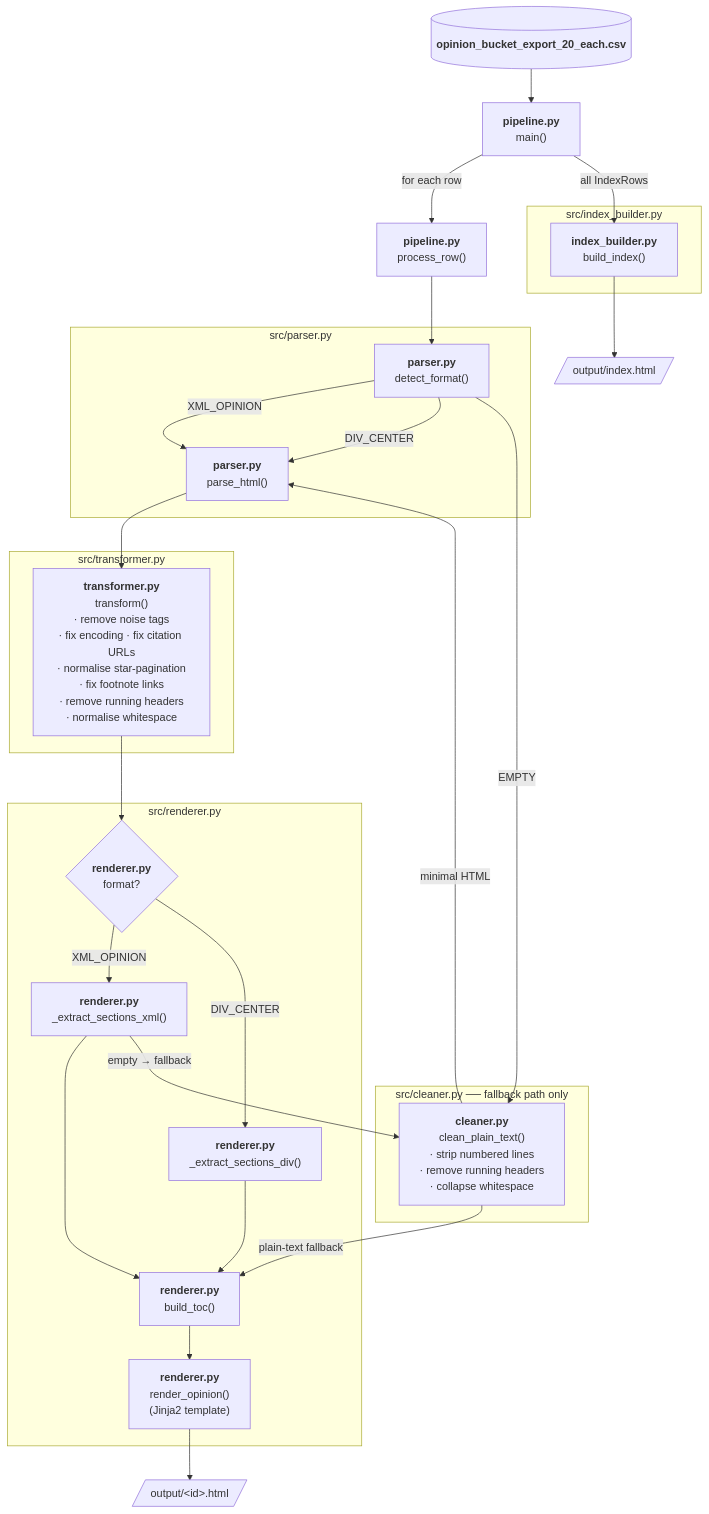
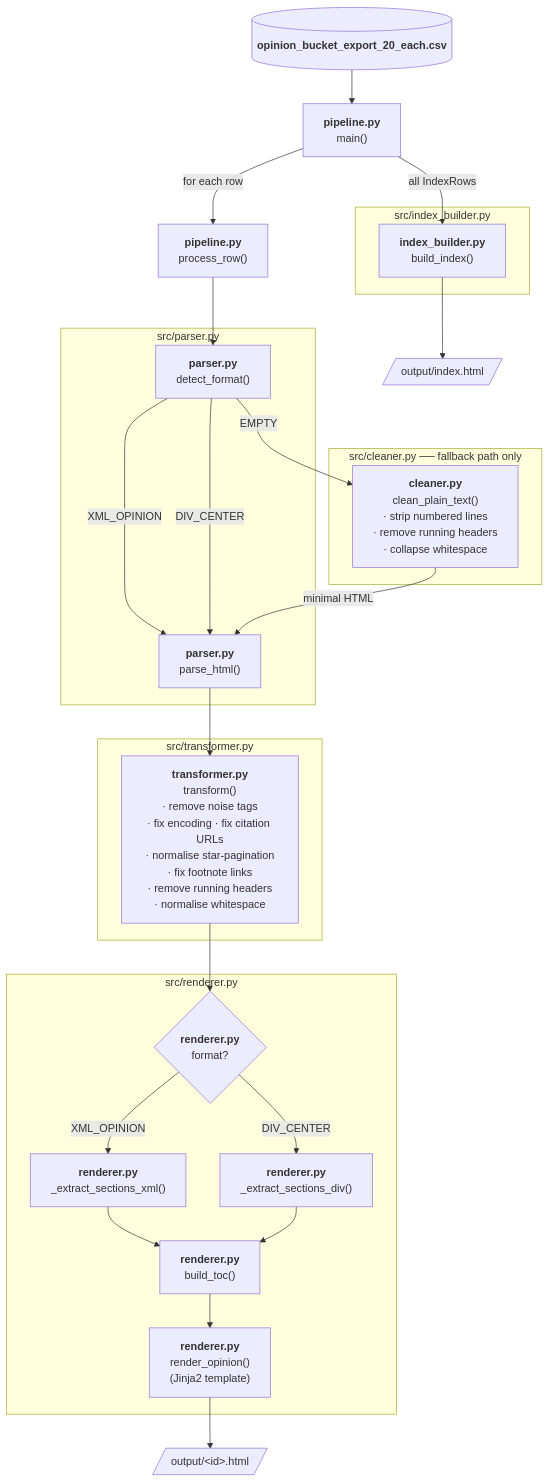
One commit to huang-pan/takehome_ag changed the diagram in README.md. Above: the diagram before and after it, drawn with Mermaid.

Commit message:
streamline mermaid

````diff
--- a/README.md
+++ b/README.md
@@ -159,76 +159,74 @@
 ```mermaid
 flowchart TD
     CSV[("`**opinion_bucket_export_20_each.csv**`")]
     CLI["`**pipeline.py**
 main()`"]
     PR["`**pipeline.py**
 process_row()`"]
 
     subgraph parser ["src/parser.py"]
         DF["`**parser.py**
 detect_format()`"]
         PH["`**parser.py**
 parse_html()`"]
     end
 
     subgraph transformer ["src/transformer.py"]
         TR["`**transformer.py**
 transform()
 · remove noise tags
 · fix encoding · fix citation URLs
 · normalise star-pagination
 · fix footnote links
 · remove running headers
 · normalise whitespace`"]
     end
 
     subgraph renderer ["src/renderer.py"]
         EX{"`**renderer.py**
 format?`"}
         EX_XML["`**renderer.py**
 _extract_sections_xml()`"]
         EX_DIV["`**renderer.py**
 _extract_sections_div()`"]
         TOC["`**renderer.py**
 build_toc()`"]
         REN["`**renderer.py**
 render_opinion()
 (Jinja2 template)`"]
     end
 
     subgraph cleaner ["src/cleaner.py  ── fallback path only"]
         CL["`**cleaner.py**
 clean_plain_text()
 · strip numbered lines
 · remove running headers
 · collapse whitespace`"]
     end
 
     subgraph index_builder ["src/index_builder.py"]
         BI["`**index_builder.py**
 build_index()`"]
     end
 
     OUT_HTML[/"`output/&lt;id&gt;.html`"/]
     OUT_IDX[/"`output/index.html`"/]
 
     CSV --> CLI
     CLI -->|"for each row"| PR
     PR --> DF
     DF -->|"XML_OPINION"| PH
     DF -->|"DIV_CENTER"| PH
     DF -->|"EMPTY"| CL
     CL -->|"minimal HTML"| PH
     PH --> TR
     TR --> EX
     EX -->|"XML_OPINION"| EX_XML
     EX -->|"DIV_CENTER"| EX_DIV
     EX_XML --> TOC
     EX_DIV --> TOC
-    CL -->|"plain-text fallback"| TOC
-    EX_XML -->|"empty → fallback"| CL
     TOC --> REN
     REN --> OUT_HTML
     CLI -->|"all IndexRows"| BI
     BI --> OUT_IDX
 ```
````
